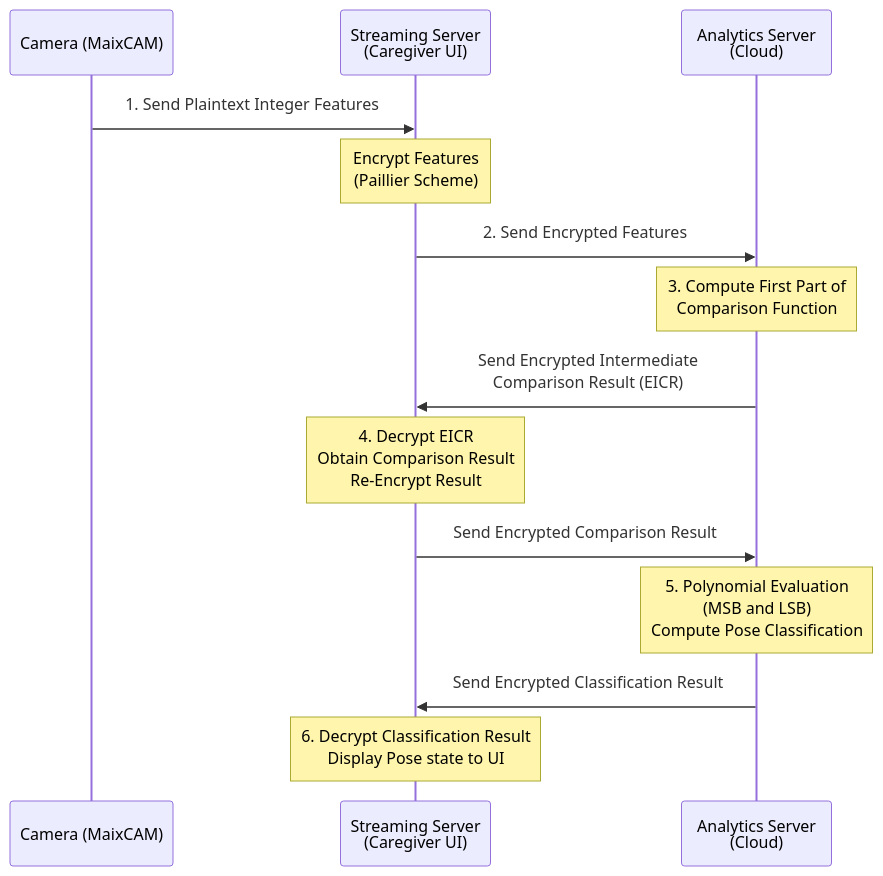
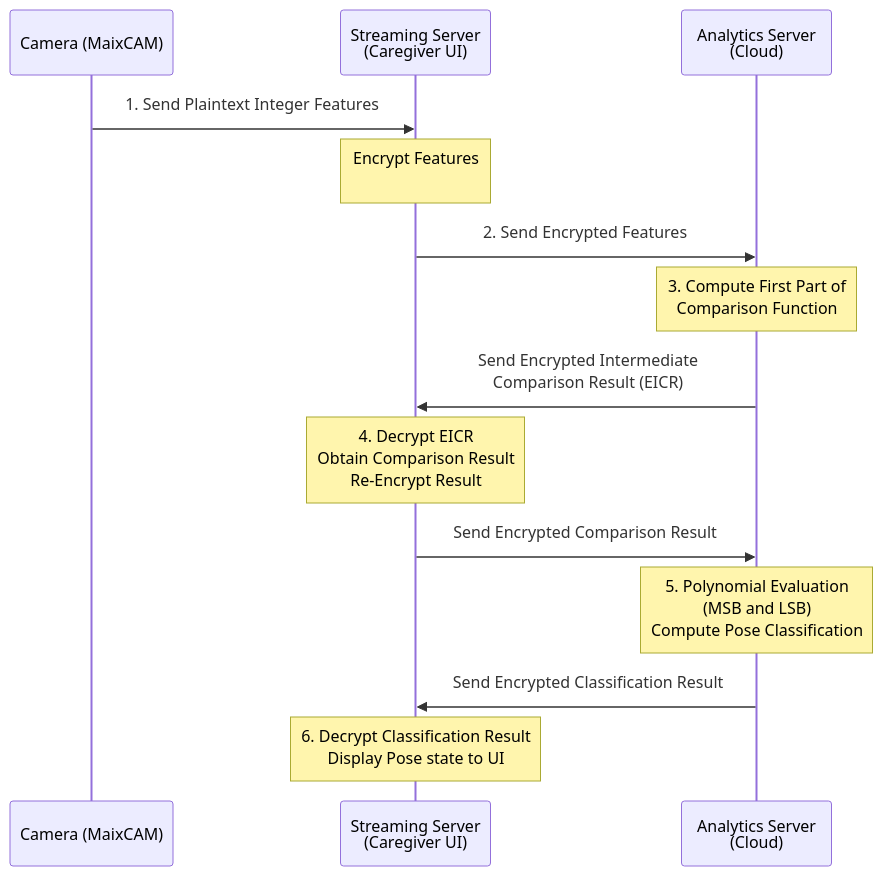
The eighth of 8 diagrams in README.md (yudhisthereal/Private-Surveillence-MaixCAM), drawn with Mermaid before and after one commit. The commit also changed other lines of this file, not shown here.

Commit message:
fix: Remove redundant mention of encryption scheme in documentation for clarity

````diff
--- a/README.md
+++ b/README.md
@@ -944,26 +944,26 @@
 ```mermaid
 sequenceDiagram
     participant C as Camera (MaixCAM)
     participant S as Streaming Server<br/>(Caregiver UI)
     participant A as Analytics Server<br/>(Cloud)
 
     C->>S: 1. Send Plaintext Integer Features
 
-    Note over S: Encrypt Features<br/>(Paillier Scheme)
+    Note over S: Encrypt Features<br/>
     
     S->>A: 2. Send Encrypted Features
 
     Note over A: 3. Compute First Part of<br/>Comparison Function
     
     A->>S: Send Encrypted Intermediate<br/>Comparison Result (EICR)
 
     Note over S: 4. Decrypt EICR<br/>Obtain Comparison Result<br/>Re-Encrypt Result
     
     S->>A: Send Encrypted Comparison Result
 
     Note over A: 5. Polynomial Evaluation<br/>(MSB and LSB)<br/>Compute Pose Classification
     
     A->>S: Send Encrypted Classification Result
 
     Note over S: 6. Decrypt Classification Result<br/>Display Pose state to UI
 ```
````
